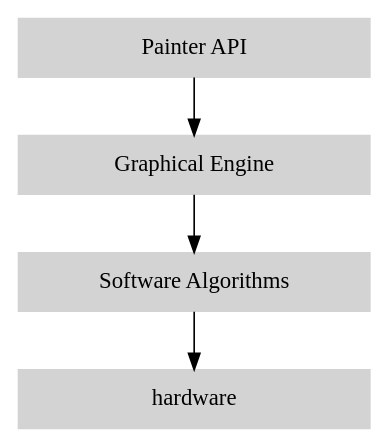
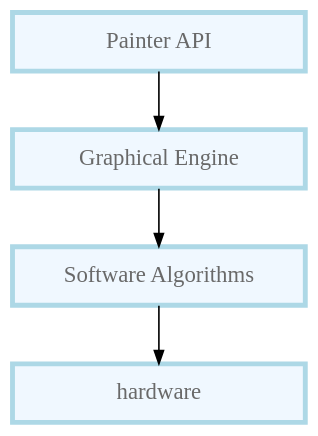
Before and after one commit to MicroEJ/docs: the diagram in PlatformDeveloperGuide/uiFontCore.rst, drawn with Graphviz. The commit also changed 2 other files, not shown here.

Commit message:
improve graphviz drawings

```diff
--- a/PlatformDeveloperGuide/uiFontCore.rst
+++ b/PlatformDeveloperGuide/uiFontCore.rst
@@ -19,18 +19,37 @@
 .. graphviz::
 
    digraph {
       
-      { 
-         node [shape=rect color="lightgray" style="filled" ffixedsize=true width=3]
-         app stack algo hard
-      }
+      graph [
+         overlap=false
+         splines=true
+         nodesep=0.5
+         ranksep=0.5
+         bgcolor="transparent"
+         center=1
+      ];
+         
+      node [
+         fixedsize=true,
+         fontname="Ubuntu"
+         fontsize=14
+         fontcolor=dimgray
+         height=0.5
+         width=2.5
+         shape=box
+         fillcolor=aliceblue
+         color="lightblue"
+         style="filled,setlinewidth(3)",
+      ];
+            
+      edge [
+         arrowsize=0.8
+      ];
       
-      {
-         app [label="Painter API"]
-         stack [label="Graphical Engine"]
-         algo [label="Software Algorithms"]
-         hard  [label="hardware"]
-      }  
-
+      app [label="Painter API"]
+      stack [label="Graphical Engine"]
+      algo [label="Software Algorithms"]
+      hard  [label="hardware"]
+      
       app -> stack -> algo -> hard
    }
```
